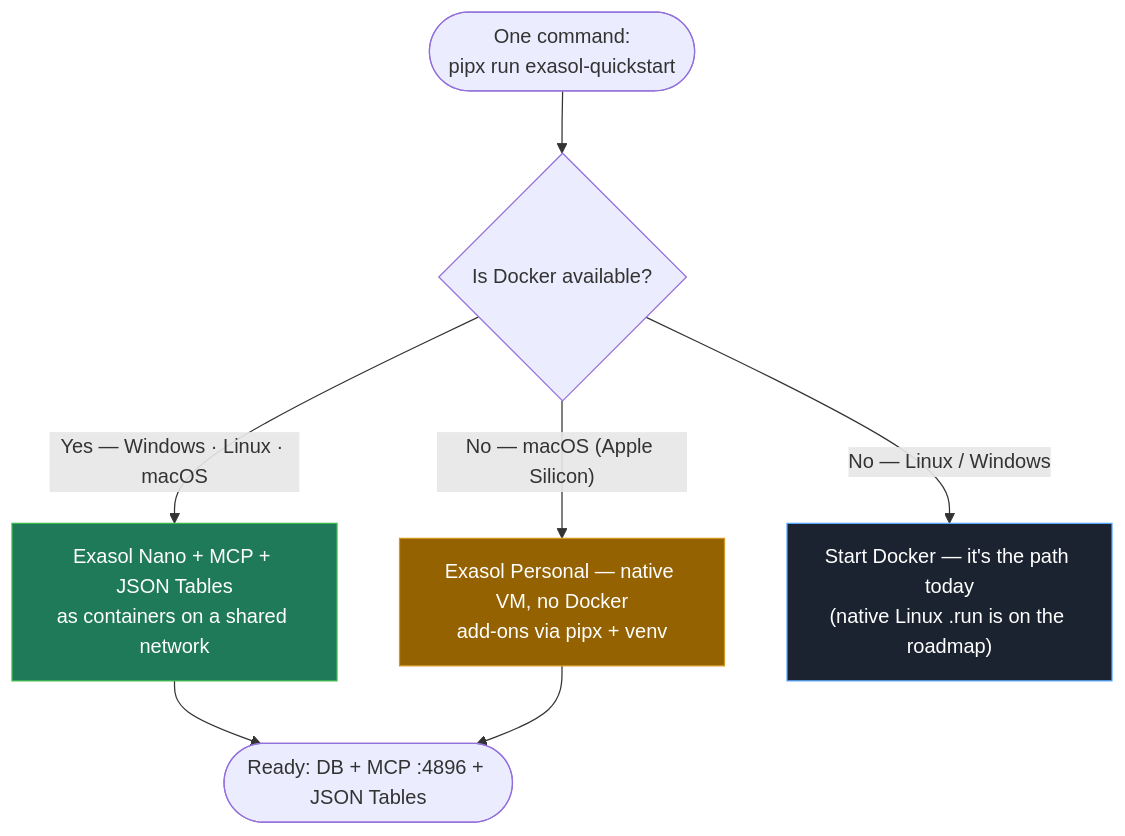
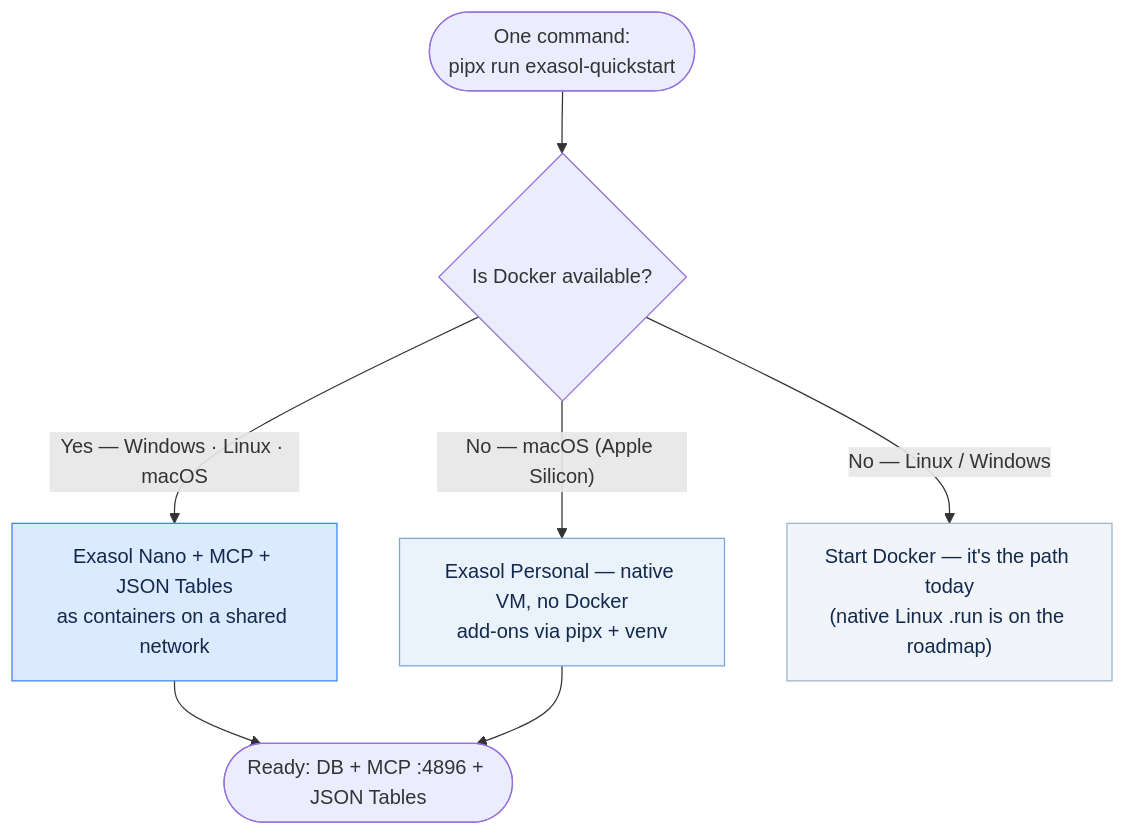
One commit to krishna-exasol/bundle-installation-methods changed the first of 2 diagrams in docs/case-studies/recommended-approach.md. Above: the diagram before and after it, drawn with Mermaid. The commit also changed 1 other file, not shown here.

Commit message:
Mermaid diagrams: light backgrounds + dark text (readable; blue-leaning) instead of dark fills

````diff
--- a/docs/case-studies/recommended-approach.md
+++ b/docs/case-studies/recommended-approach.md
@@ -90,14 +90,14 @@
 ```mermaid
 flowchart TD
     Start(["One command:<br/>pipx run exasol-quickstart"]) --> D{"Is Docker available?"}
 
     D -->|"Yes — Windows · Linux · macOS"| Docker["Exasol Nano + MCP + JSON Tables<br/>as containers on a shared network"]:::ok
     D -->|"No — macOS (Apple Silicon)"| Mac["Exasol Personal — native VM, no Docker<br/>add-ons via pipx + venv"]:::exp
     D -->|"No — Linux / Windows"| Need["Start Docker — it's the path today<br/>(native Linux .run is on the roadmap)"]:::todo
 
     Docker --> Done(["Ready: DB + MCP :4896 + JSON Tables"])
     Mac --> Done
-    classDef ok fill:#1f7a5a,stroke:#3fb950,color:#fff;
-    classDef exp fill:#946200,stroke:#d29922,color:#fff;
-    classDef todo fill:#1c2330,stroke:#58a6ff,color:#fff;
+    classDef ok fill:#dbeafe,stroke:#3b82f6,color:#13294b;
+    classDef exp fill:#eaf2fb,stroke:#7aa7d9,color:#13294b;
+    classDef todo fill:#f1f5f9,stroke:#9fb3c8,color:#13294b;
 ```
````
